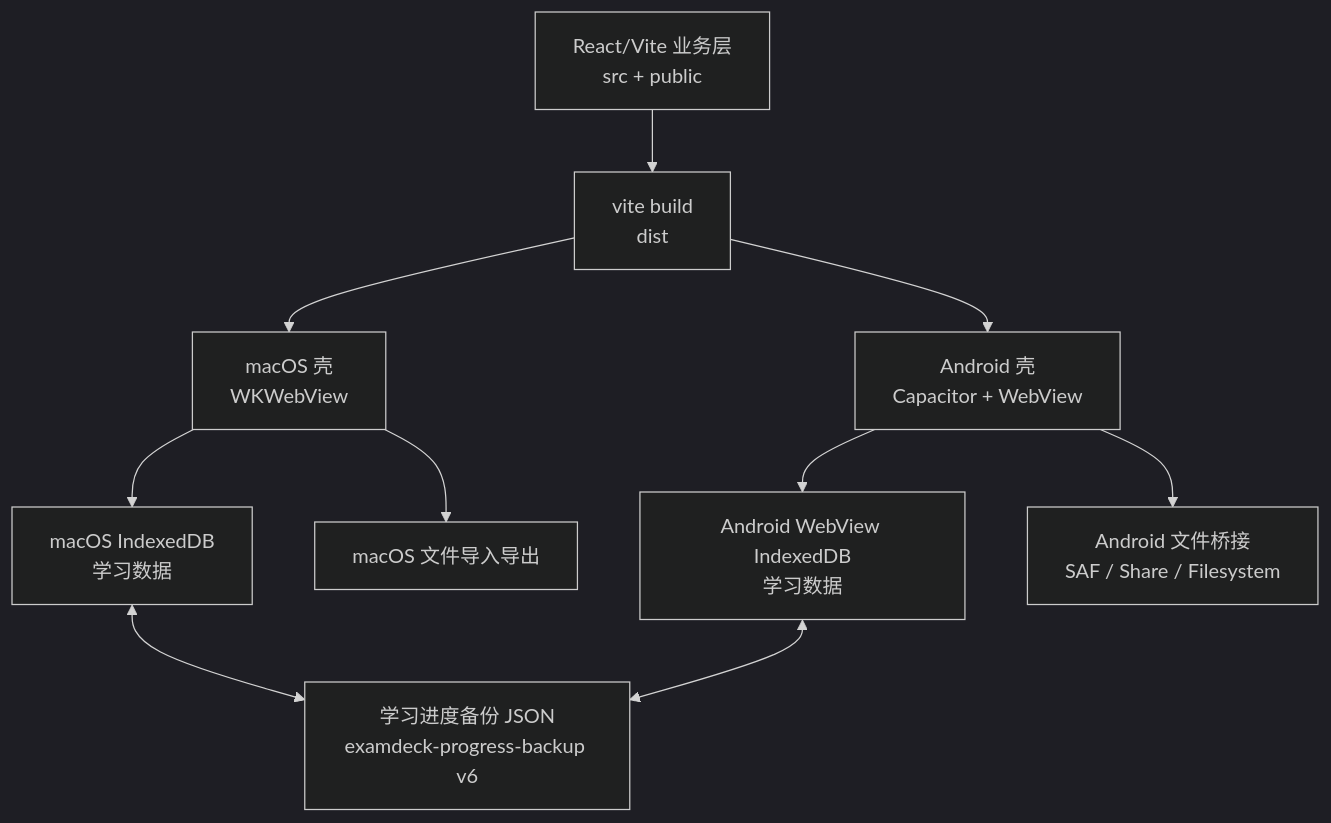
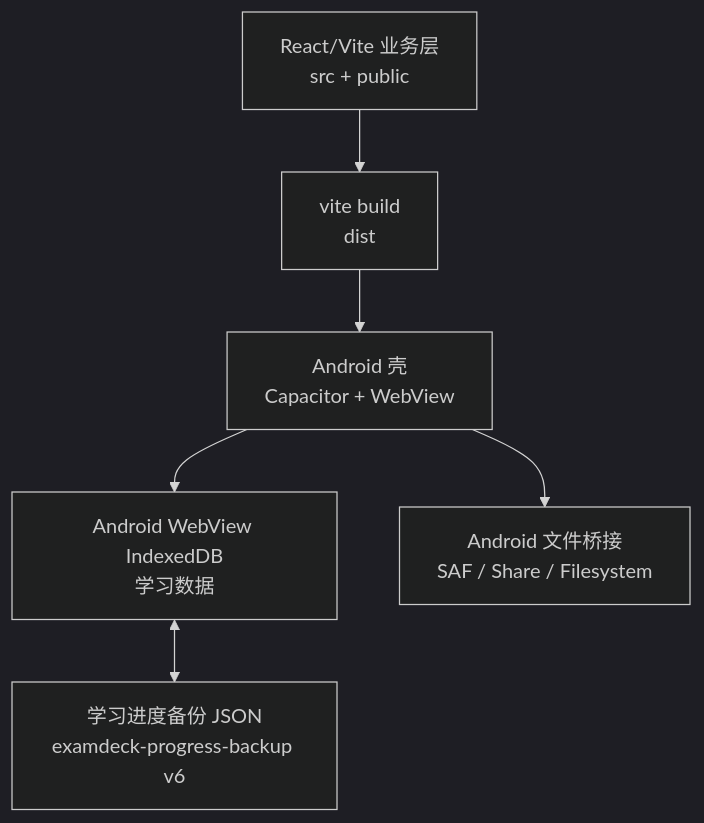
One commit to elecDancing/Tarim_examdeck changed the diagram in docs/android-version-architecture.md. Above: the diagram before and after it, drawn with Mermaid (dark theme). The commit also changed other lines of this file and 64 other files, not shown here.

````diff
--- a/docs/android-version-architecture.md
+++ b/docs/android-version-architecture.md
@@ -138,15 +138,8 @@
 ```mermaid
 flowchart TB
   A["React/Vite 业务层<br/>src + public"] --> B["vite build<br/>dist"]
-  B --> C["macOS 壳<br/>WKWebView"]
-  B --> D["Android 壳<br/>Capacitor + WebView"]
-
-  C --> E["macOS IndexedDB<br/>学习数据"]
-  D --> F["Android WebView IndexedDB<br/>学习数据"]
-
-  C --> G["macOS 文件导入导出"]
-  D --> H["Android 文件桥接<br/>SAF / Share / Filesystem"]
-
-  E <--> I["学习进度备份 JSON<br/>examdeck-progress-backup v6"]
-  F <--> I
+  B --> C["Android 壳<br/>Capacitor + WebView"]
+  C --> D["Android WebView IndexedDB<br/>学习数据"]
+  C --> E["Android 文件桥接<br/>SAF / Share / Filesystem"]
+  D <--> F["学习进度备份 JSON<br/>examdeck-progress-backup v6"]
 ```
````
